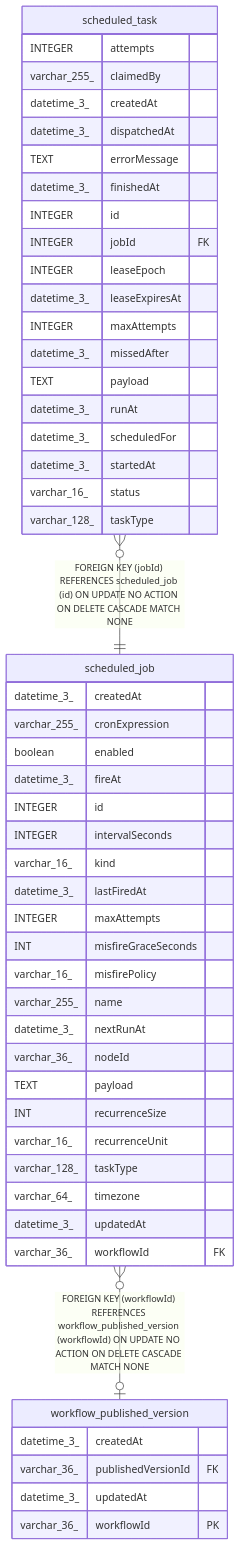
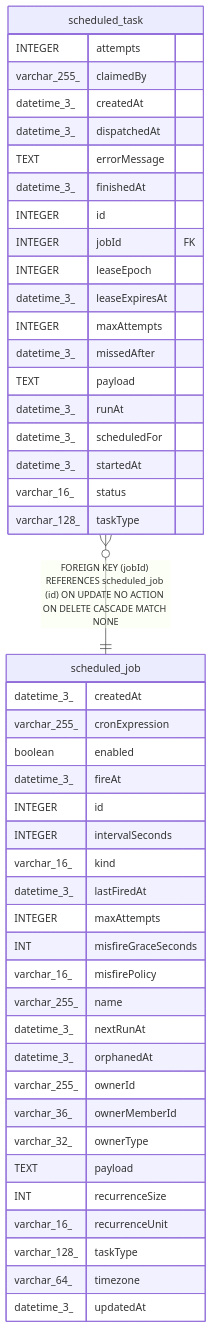
Before and after one commit to RukshanAmodya/Aethera: the diagram in docs/generated/sqlite-schema/scheduled_job.md, drawn with Mermaid. The commit also changed other lines of this file and 1982 other files, not shown here.

````diff
--- a/docs/generated/sqlite-schema/scheduled_job.md
+++ b/docs/generated/sqlite-schema/scheduled_job.md
@@ -66,56 +67,51 @@
 ```mermaid
 erDiagram
 
 "scheduled_task" }o--|| "scheduled_job" : "FOREIGN KEY (jobId) REFERENCES scheduled_job (id) ON UPDATE NO ACTION ON DELETE CASCADE MATCH NONE"
-"scheduled_job" }o--o| "workflow_published_version" : "FOREIGN KEY (workflowId) REFERENCES workflow_published_version (workflowId) ON UPDATE NO ACTION ON DELETE CASCADE MATCH NONE"
 
 "scheduled_job" {
   datetime_3_ createdAt
   varchar_255_ cronExpression
   boolean enabled
   datetime_3_ fireAt
   INTEGER id
   INTEGER intervalSeconds
   varchar_16_ kind
   datetime_3_ lastFiredAt
   INTEGER maxAttempts
   INT misfireGraceSeconds
   varchar_16_ misfirePolicy
   varchar_255_ name
   datetime_3_ nextRunAt
-  varchar_36_ nodeId
+  datetime_3_ orphanedAt
+  varchar_255_ ownerId
+  varchar_36_ ownerMemberId
+  varchar_32_ ownerType
   TEXT payload
   INT recurrenceSize
   varchar_16_ recurrenceUnit
   varchar_128_ taskType
   varchar_64_ timezone
   datetime_3_ updatedAt
-  varchar_36_ workflowId FK
 }
 "scheduled_task" {
   INTEGER attempts
   varchar_255_ claimedBy
   datetime_3_ createdAt
   datetime_3_ dispatchedAt
   TEXT errorMessage
   datetime_3_ finishedAt
   INTEGER id
   INTEGER jobId FK
   INTEGER leaseEpoch
   datetime_3_ leaseExpiresAt
   INTEGER maxAttempts
   datetime_3_ missedAfter
   TEXT payload
   datetime_3_ runAt
   datetime_3_ scheduledFor
   datetime_3_ startedAt
   varchar_16_ status
   varchar_128_ taskType
 }
-"workflow_published_version" {
-  datetime_3_ createdAt
-  varchar_36_ publishedVersionId FK
-  datetime_3_ updatedAt
-  varchar_36_ workflowId PK
-}
 ```
````
